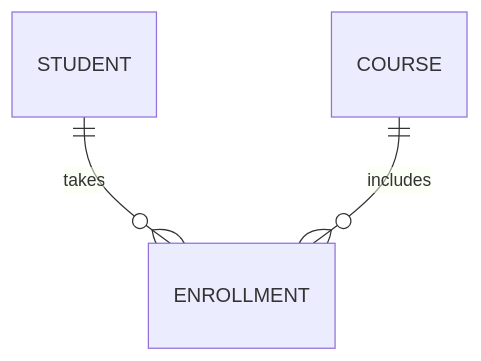
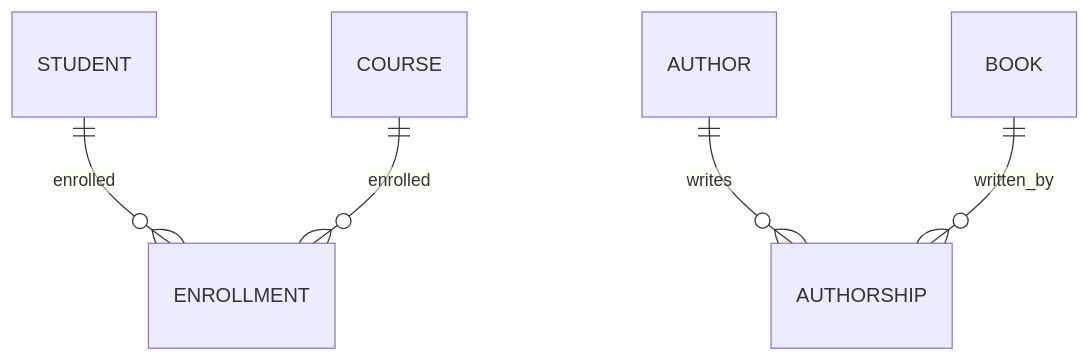
Before and after one commit to kamallearner123/software-engineering-placement-kit: the third of 6 diagrams in 05_RDBMS/RDBMS_Ultimate_Mastery_Guide.md, drawn with Mermaid. The commit also changed other lines of this file, not shown here.

Commit message:
adding ER diagras

````diff
--- a/05_RDBMS/RDBMS_Ultimate_Mastery_Guide.md
+++ b/05_RDBMS/RDBMS_Ultimate_Mastery_Guide.md
@@ -110,5 +115,7 @@
 ```mermaid
 erDiagram
-    STUDENT ||--o{ ENROLLMENT : "takes"
-    COURSE ||--o{ ENROLLMENT : "includes"
+    STUDENT ||--o{ ENROLLMENT : "enrolled"
+    COURSE ||--o{ ENROLLMENT : "enrolled"
+    AUTHOR ||--o{ AUTHORSHIP : "writes"
+    BOOK ||--o{ AUTHORSHIP : "written_by"
 ```
````
